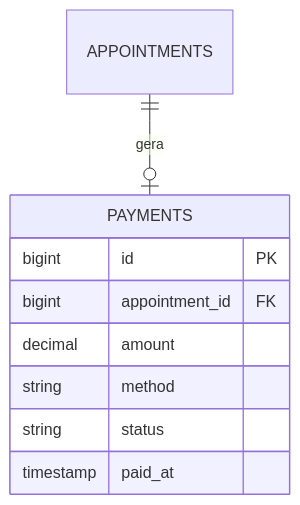
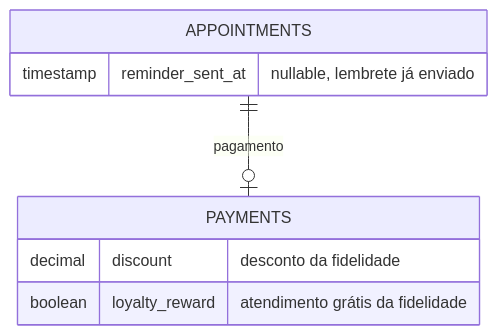
Before and after one commit to josecoene/barber-shop: the second of 2 diagrams in docs/ARQUITETURA.md, drawn with Mermaid. The commit also changed other lines of this file and 4 other files, not shown here.

````diff
--- a/docs/ARQUITETURA.md
+++ b/docs/ARQUITETURA.md
@@ -331,12 +403,11 @@
 ```mermaid
 erDiagram
-    APPOINTMENTS ||--o| PAYMENTS : gera
+    APPOINTMENTS ||--o| PAYMENTS : "pagamento"
+    APPOINTMENTS {
+        timestamp reminder_sent_at "nullable, lembrete já enviado"
+    }
     PAYMENTS {
-        bigint id PK
-        bigint appointment_id FK
-        decimal amount
-        string method
-        string status
-        timestamp paid_at
+        decimal discount "desconto da fidelidade"
+        boolean loyalty_reward "atendimento grátis da fidelidade"
     }
 ```
````
